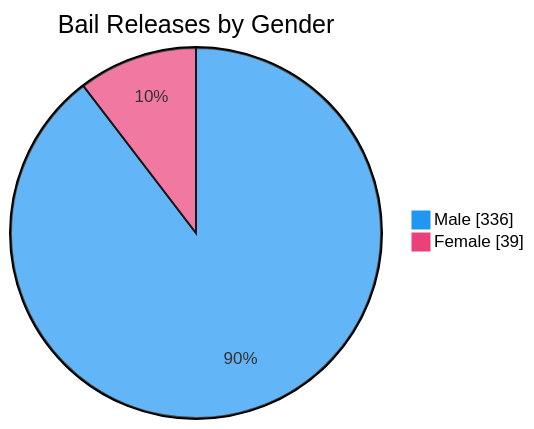
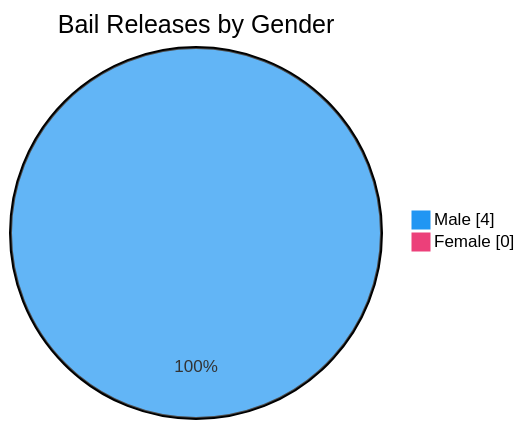
Before and after one commit to nuuuwan/lk_prisons: the seventh of 7 diagrams in README.md, drawn with Mermaid. The commit also changed other lines of this file and 1 other file, not shown here.

````diff
--- a/README.md
+++ b/README.md
@@ -109,6 +109,6 @@
 ```mermaid
 %%{init: {'themeVariables': {'pie1': '#2196F3', 'pie2': '#EC407A'}}}%%
 pie showData title Bail Releases by Gender
-    "Male" : 336
-    "Female" : 39
+    "Male" : 4
+    "Female" : 0
 ```
````
